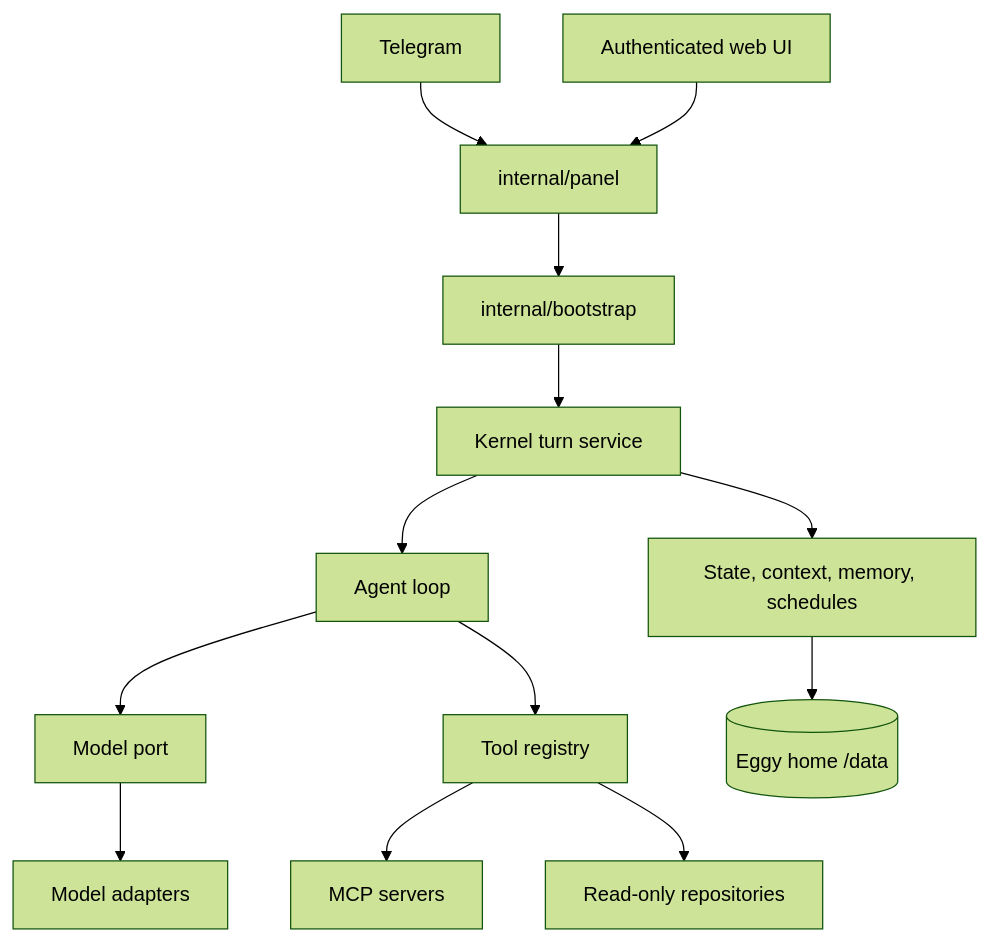
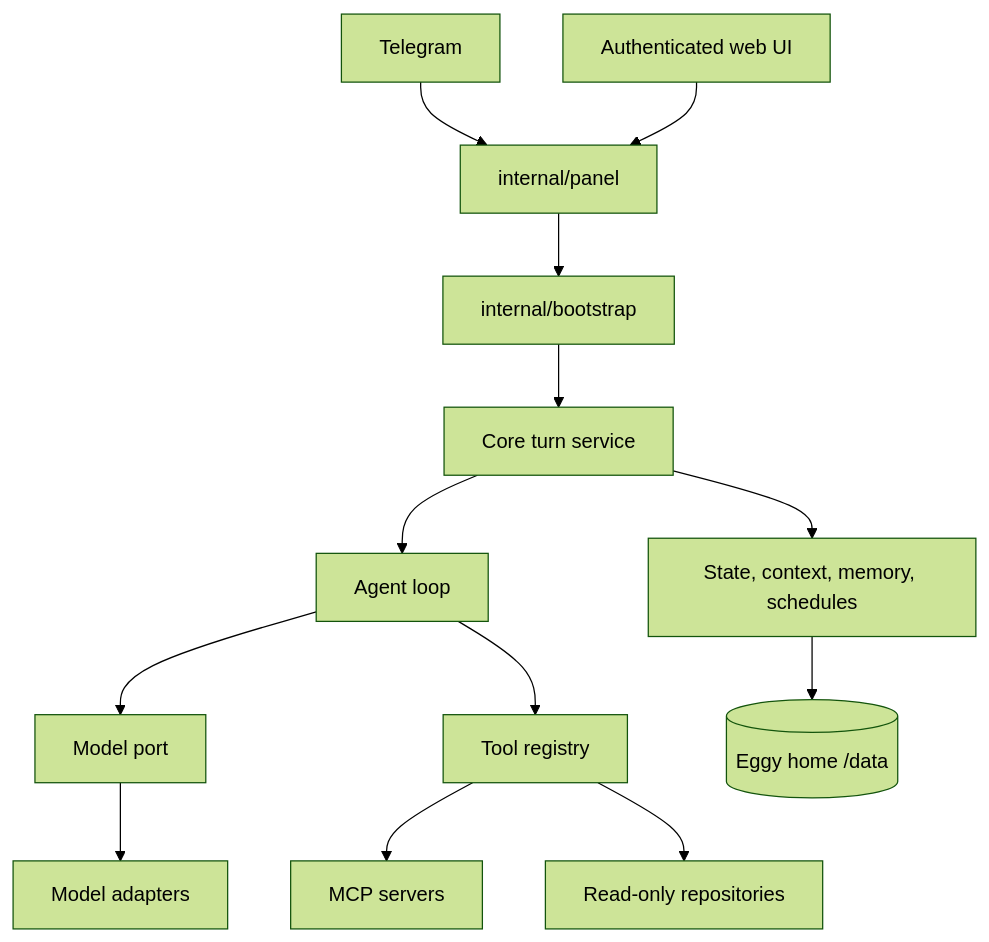
Before and after one commit to nigelteosw/eggy: the diagram in docs/src/content/docs/project/architecture.md, drawn with Mermaid (forest theme). The commit also changed other lines of this file and 51 other files, not shown here.

First line of the commit message:
docs: retire finished plans and the cleanup RFC; say core, not kernel

````diff
--- a/docs/src/content/docs/project/architecture.md
+++ b/docs/src/content/docs/project/architecture.md
@@ -11,15 +11,15 @@
 ```mermaid
 flowchart TB
   Telegram[Telegram] --> Web[internal/panel]
   Browser[Authenticated web UI] --> Web
   Web --> Bootstrap[internal/bootstrap]
-  Bootstrap --> Turns[Kernel turn service]
+  Bootstrap --> Turns[Core turn service]
   Turns --> Loop[Agent loop]
   Loop --> Model[Model port]
   Loop --> Tools[Tool registry]
   Tools --> MCP[MCP servers]
   Tools --> Repos[Read-only repositories]
   Turns --> Stores[State, context, memory, schedules]
   Model --> Providers[Model adapters]
   Stores --> Data[(Eggy home /data)]
 ```
````
